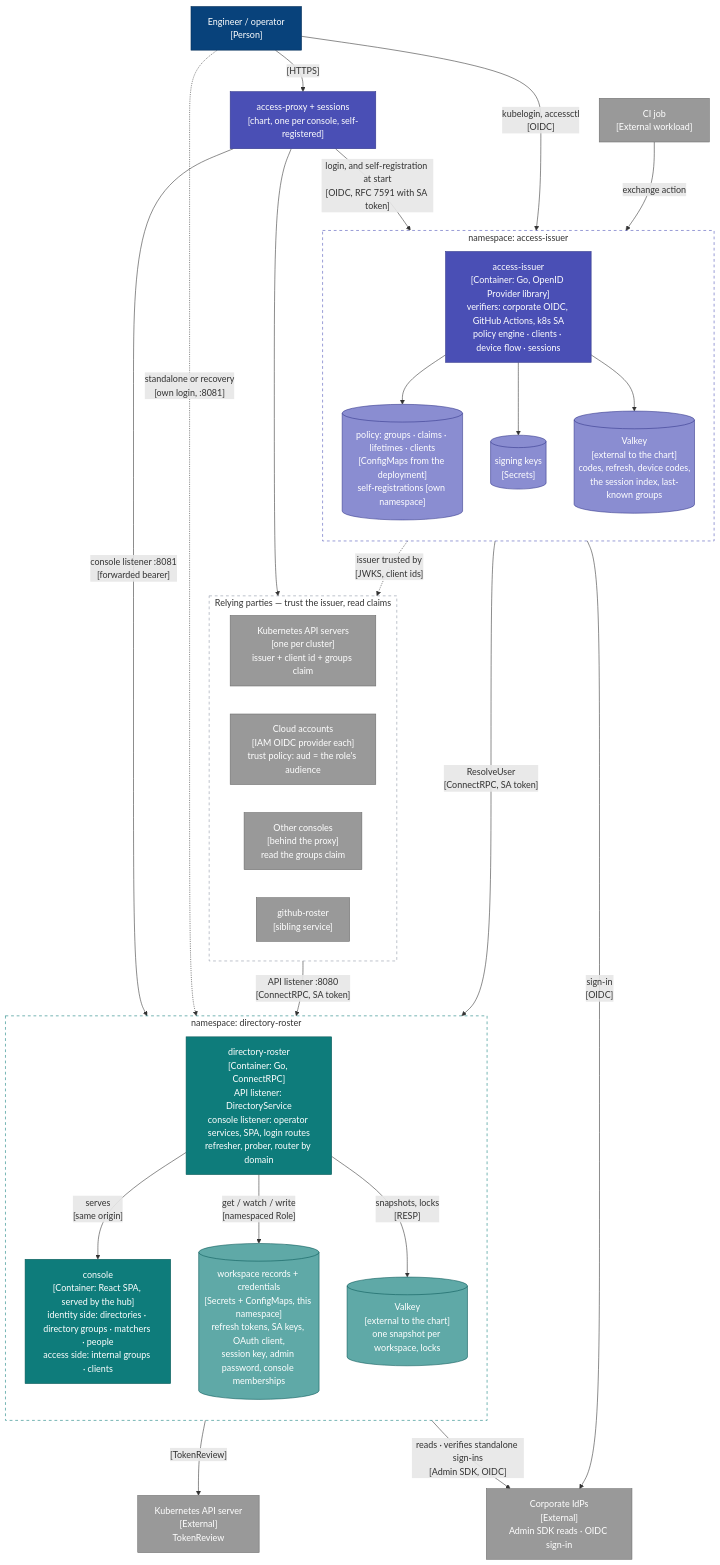
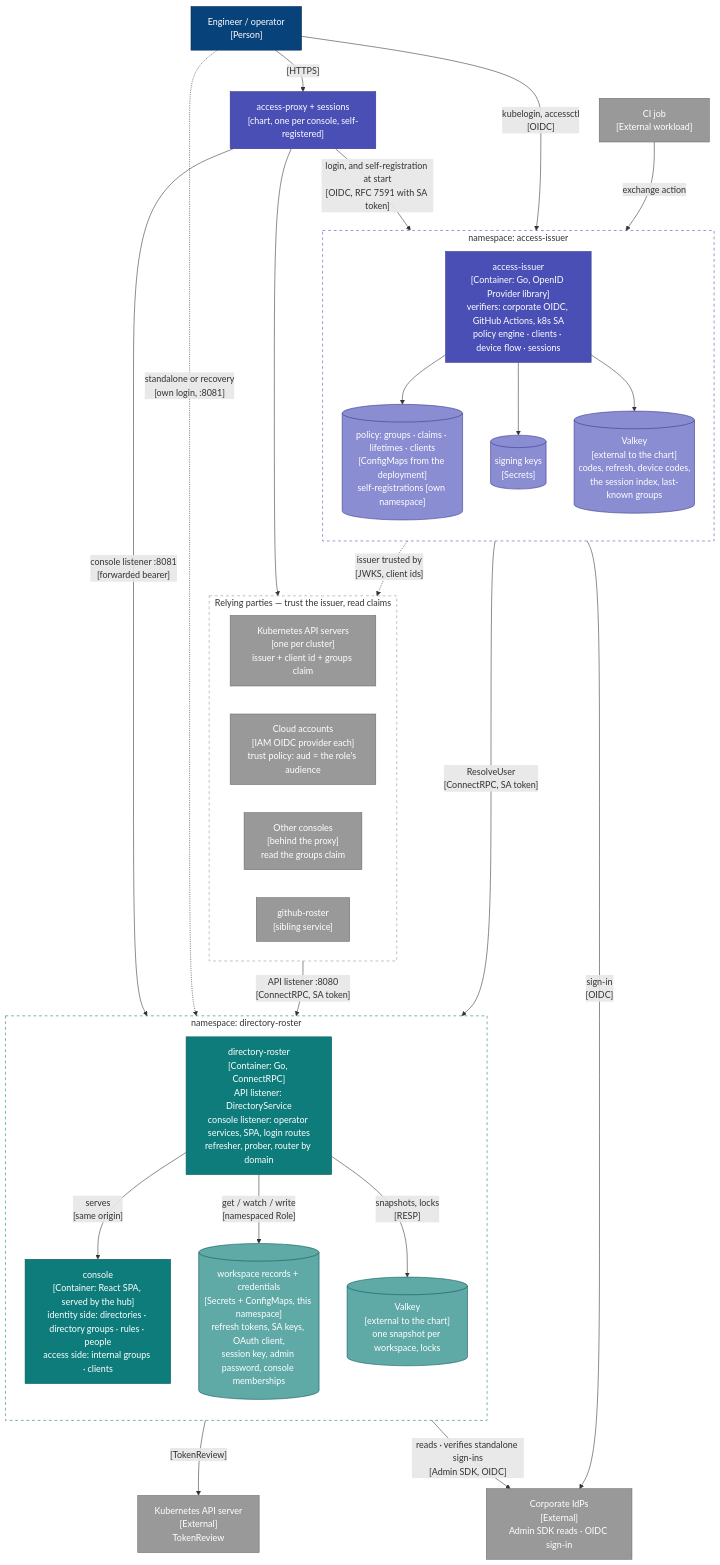
Before and after one commit to truvity/access-roster: the second of 11 diagrams in docs/architecture.md, drawn with Mermaid. The commit also changed 3 other files, not shown here.

````diff
--- a/docs/architecture.md
+++ b/docs/architecture.md
@@ -114,64 +114,64 @@
 ```mermaid
 flowchart TB
   eng["Engineer / operator<br/>[Person]"]:::person
   ci["CI job<br/>[External workload]"]:::ext
   proxy["access-proxy + sessions<br/>[chart, one per console, self-registered]"]:::token
   idp["Corporate IdPs<br/>[External]<br/>Admin SDK reads · OIDC sign-in"]:::ext
   kapi["Kubernetes API server<br/>[External]<br/>TokenReview"]:::ext
 
   subgraph nsTs["namespace: access-issuer"]
     direction TB
     ts["access-issuer<br/>[Container: Go, OpenID Provider library]<br/>verifiers: corporate OIDC, GitHub Actions, k8s SA<br/>policy engine · clients · device flow · sessions"]:::token
     policyStore[("policy: groups · claims · lifetimes · clients<br/>[ConfigMaps from the deployment]<br/>self-registrations [own namespace]")]:::tokenStore
     keys[("signing keys<br/>[Secrets]")]:::tokenStore
     tsv[("Valkey<br/>[external to the chart]<br/>codes, refresh, device codes,<br/>the session index, last-known groups")]:::tokenStore
   end
 
   subgraph nsHub["namespace: directory-roster"]
     direction TB
     hub["directory-roster<br/>[Container: Go, ConnectRPC]<br/>API listener: DirectoryService<br/>console listener: operator services, SPA, login routes<br/>refresher, prober, router by domain"]:::hub
-    spa["console<br/>[Container: React SPA, served by the hub]<br/>identity side: directories · directory groups · matchers · people<br/>access side: internal groups · clients"]:::hub
+    spa["console<br/>[Container: React SPA, served by the hub]<br/>identity side: directories · directory groups · rules · people<br/>access side: internal groups · clients"]:::hub
     k8s[("workspace records + credentials<br/>[Secrets + ConfigMaps, this namespace]<br/>refresh tokens, SA keys, OAuth client,<br/>session key, admin password, console memberships")]:::hubStore
     hv[("Valkey<br/>[external to the chart]<br/>one snapshot per workspace, locks")]:::hubStore
   end
 
   subgraph rp["Relying parties — trust the issuer, read claims"]
     direction LR
     k8sapi["Kubernetes API servers<br/>[one per cluster]<br/>issuer + client id + groups claim"]:::ext
     cloud["Cloud accounts<br/>[IAM OIDC provider each]<br/>trust policy: aud = the role's audience"]:::ext
     consoles["Other consoles<br/>[behind the proxy]<br/>read the groups claim"]:::ext
     roster["github-roster<br/>[sibling service]"]:::ext
   end
 
   eng -- "[HTTPS]" --> proxy
   proxy -- "login, and self-registration at start<br/>[OIDC, RFC 7591 with SA token]" --> ts
   proxy -- "console listener :8081<br/>[forwarded bearer]" --> hub
   proxy --> consoles
   eng -. "standalone or recovery<br/>[own login, :8081]" .-> hub
   eng -- "kubelogin, accessctl<br/>[OIDC]" --> ts
   ci -- "exchange action" --> ts
   ts -- "sign-in<br/>[OIDC]" --> idp
   ts -- "ResolveUser<br/>[ConnectRPC, SA token]" --> hub
   ts --> policyStore
   ts --> keys
   ts --> tsv
   ts -. "issuer trusted by<br/>[JWKS, client ids]" .-> rp
   hub -- "serves<br/>[same origin]" --> spa
   hub -- "[TokenReview]" --> kapi
   hub -- "get / watch / write<br/>[namespaced Role]" --> k8s
   hub -- "snapshots, locks<br/>[RESP]" --> hv
   hub -- "reads · verifies standalone sign-ins<br/>[Admin SDK, OIDC]" --> idp
   roster -- "API listener :8080<br/>[ConnectRPC, SA token]" --> hub
 
   classDef person fill:#08427b,stroke:#052e56,color:#fff
   classDef system fill:#1168bd,stroke:#0b4884,color:#fff
   classDef ext fill:#999999,stroke:#6b6b6b,color:#fff
   classDef hub fill:#0E7C7B,stroke:#0A5958,color:#fff
   classDef hubStore fill:#5FA9A7,stroke:#0A5958,color:#fff
   classDef token fill:#4A4FB5,stroke:#33378A,color:#fff
   classDef tokenStore fill:#8A8DD1,stroke:#33378A,color:#fff
   classDef component fill:#85bbf0,stroke:#5d82a8,color:#000
   style nsTs fill:none,stroke:#4A4FB5,stroke-dasharray:5 5
   style nsHub fill:none,stroke:#0E7C7B,stroke-dasharray:5 5
   style rp fill:none,stroke:#8A93A3,stroke-dasharray:5 5
 ```
````
